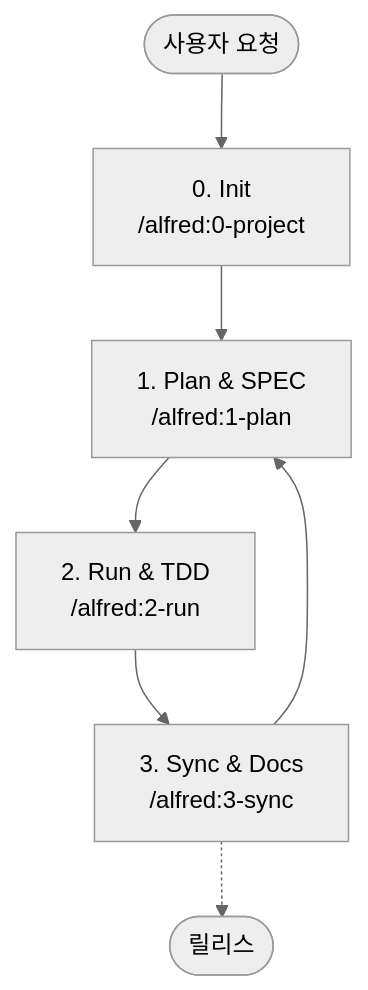
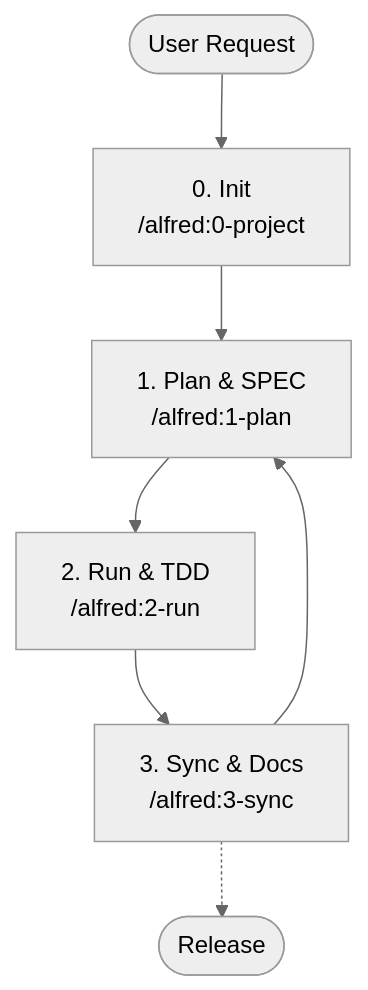
One commit to modu-ai/moai-adk changed the diagram in README.md. Above: the diagram before and after it, drawn with Mermaid. The commit also changed other lines of this file and 3 other files, not shown here.

````diff
--- a/README.md
+++ b/README.md
@@ -153,10 +126,10 @@
 ```mermaid
 %%{init: {'theme':'neutral'}}%%
 graph TD
-    Start([사용자 요청]) --> Init[0. Init<br/>/alfred:0-project]
+    Start([User Request]) --> Init[0. Init<br/>/alfred:0-project]
     Init --> Plan[1. Plan & SPEC<br/>/alfred:1-plan]
     Plan --> Run[2. Run & TDD<br/>/alfred:2-run]
     Run --> Sync[3. Sync & Docs<br/>/alfred:3-sync]
     Sync --> Plan
-    Sync -.-> End([릴리스])
+    Sync -.-> End([Release])
 ```
````
